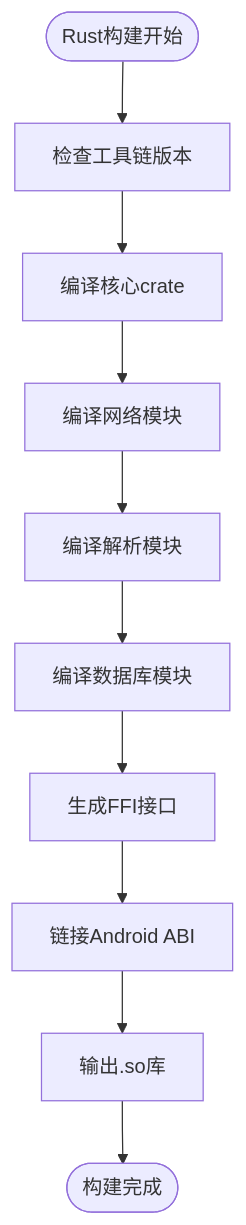
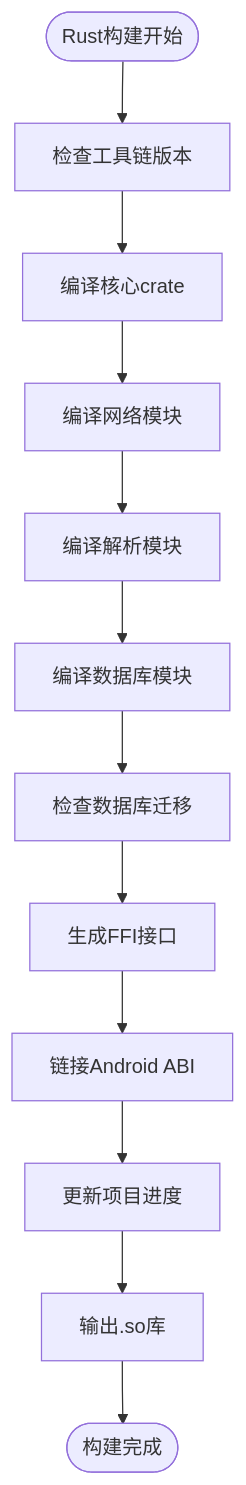
The fifth of 9 diagrams in .qoder/repowiki/zh/content/开发指南/开发指南.md (ZhangGHGitHub/LegadoTeamFlutter), drawn with Mermaid before and after one commit. The commit also changed other lines of this file and 58 other files, not shown here.

````diff
--- a/.qoder/repowiki/zh/content/开发指南/开发指南.md
+++ b/.qoder/repowiki/zh/content/开发指南/开发指南.md
@@ -208,12 +243,14 @@
 ```mermaid
 flowchart TD
 Start(["Rust构建开始"]) --> CheckToolchain["检查工具链版本"]
 CheckToolchain --> BuildCore["编译核心crate"]
 BuildCore --> BuildNet["编译网络模块"]
 BuildNet --> BuildParser["编译解析模块"]
 BuildParser --> BuildDB["编译数据库模块"]
-BuildDB --> BuildFFI["生成FFI接口"]
+BuildDB --> CheckMigration["检查数据库迁移"]
+CheckMigration --> BuildFFI["生成FFI接口"]
 BuildFFI --> LinkAndroid["链接Android ABI"]
-LinkAndroid --> Output["输出.so库"]
+LinkAndroid --> UpdateProgress["更新项目进度"]
+UpdateProgress --> Output["输出.so库"]
 Output --> End(["构建完成"])
 ```
````
